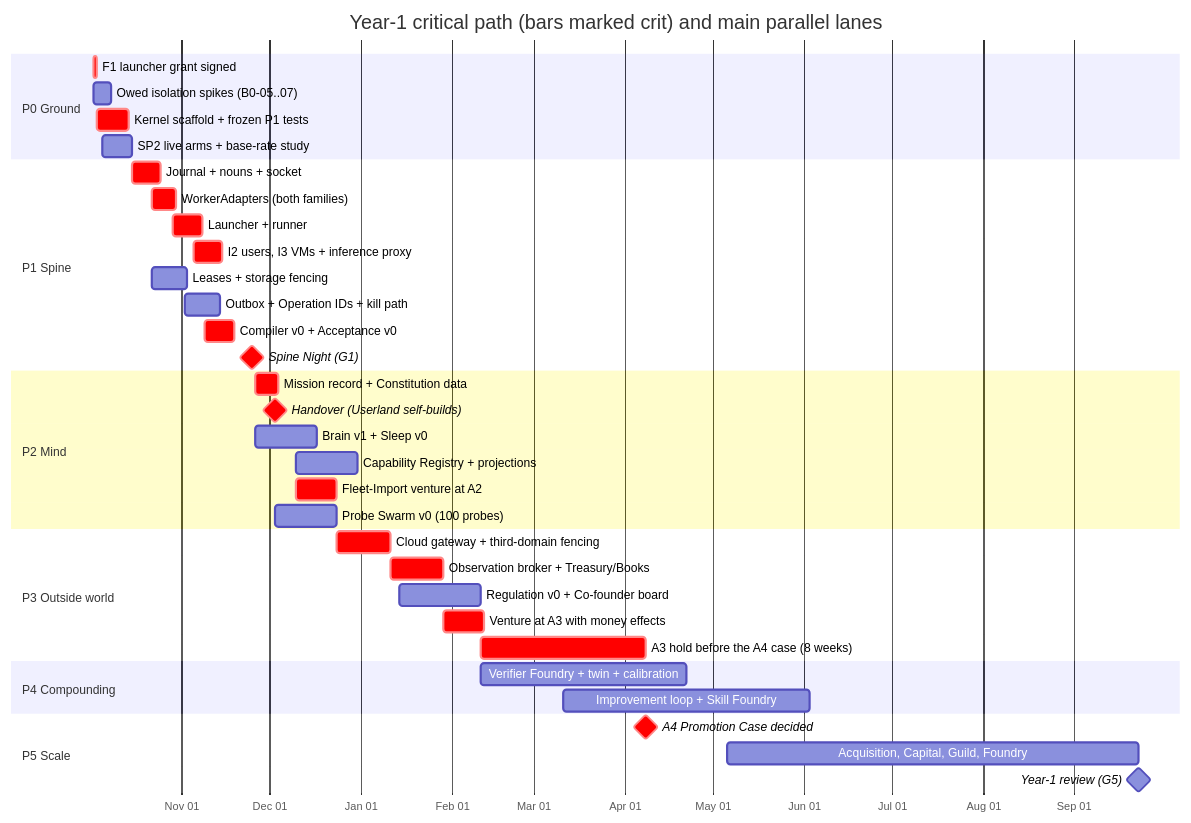
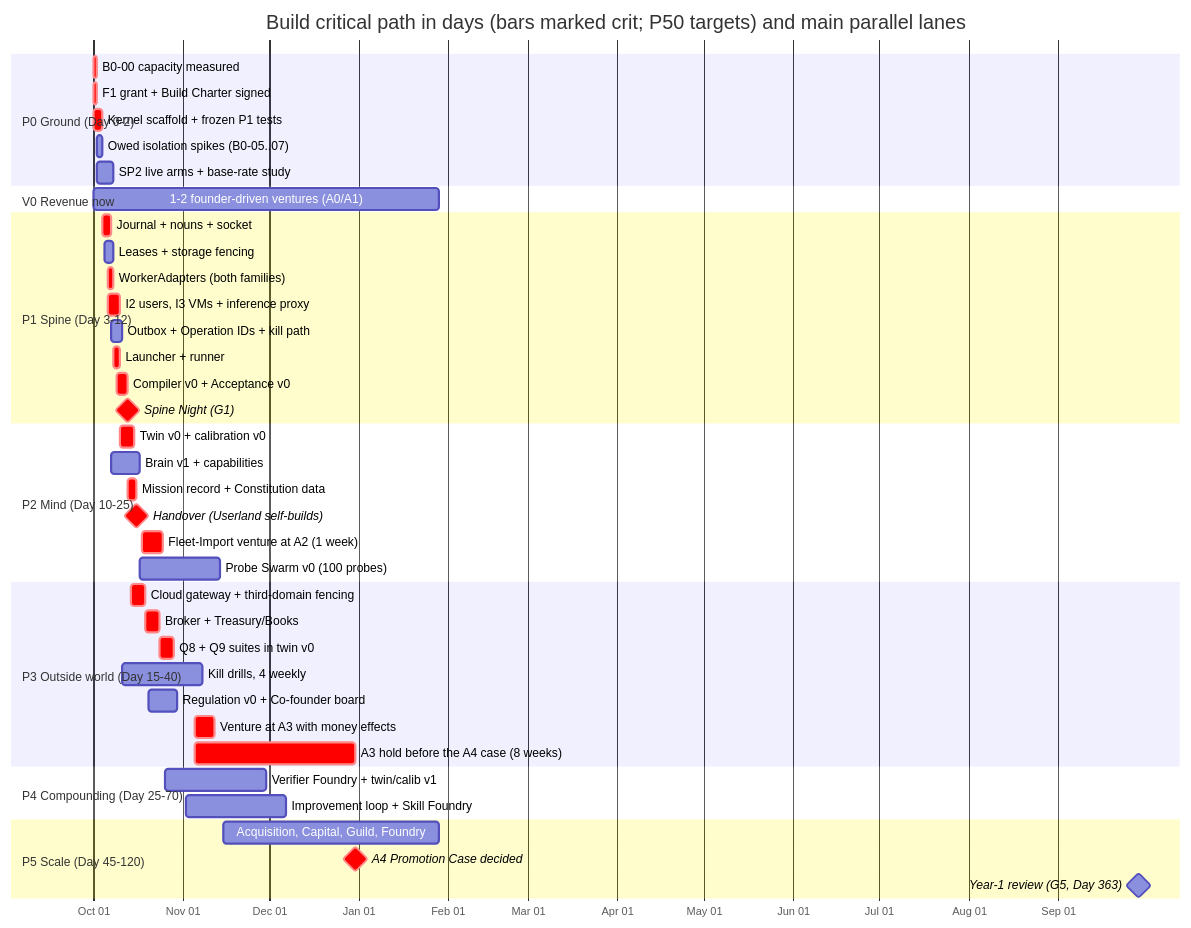
Before and after one commit to Adam077K/agentvibe: the second of 3 diagrams in docs/vision-v3/14-BUILD-PLAN.md, drawn with Mermaid. The commit also changed other lines of this file and 13 other files, not shown here.

First line of the commit message:
docs(vision-v3): subscriptions-only model work, free-tier-first tools, build plan in days

````diff
--- a/docs/vision-v3/14-BUILD-PLAN.md
+++ b/docs/vision-v3/14-BUILD-PLAN.md
@@ -148,40 +172,45 @@
 ```mermaid
 gantt
-  title Year-1 critical path (bars marked crit) and main parallel lanes
+  title Build critical path in days (bars marked crit; P50 targets) and main parallel lanes
   dateFormat YYYY-MM-DD
   axisFormat %b %d
-  section P0 Ground
-  F1 launcher grant signed              :crit, f1, 2026-10-02, 1d
-  Owed isolation spikes (B0-05..07)     :sp, 2026-10-02, 6d
-  Kernel scaffold + frozen P1 tests     :crit, sc, 2026-10-03, 11d
-  SP2 live arms + base-rate study       :a0, 2026-10-05, 10d
-  section P1 Spine
-  Journal + nouns + socket              :crit, j, 2026-10-15, 10d
-  WorkerAdapters (both families)        :crit, wa, 2026-10-22, 8d
-  Launcher + runner                     :crit, lr, 2026-10-29, 10d
-  I2 users, I3 VMs + inference proxy    :crit, iso, 2026-11-05, 10d
-  Leases + storage fencing              :fe, 2026-10-22, 12d
-  Outbox + Operation IDs + kill path    :ob, 2026-11-02, 12d
-  Compiler v0 + Acceptance v0           :crit, ac, 2026-11-09, 10d
-  Spine Night (G1)                      :milestone, crit, g1, 2026-11-25, 0d
-  section P2 Mind
-  Mission record + Constitution data    :crit, mr, 2026-11-26, 8d
-  Handover (Userland self-builds)       :milestone, crit, ho, 2026-12-03, 0d
-  Brain v1 + Sleep v0                   :br, 2026-11-26, 21d
-  Capability Registry + projections     :cap, 2026-12-10, 21d
-  Fleet-Import venture at A2            :crit, a2, 2026-12-10, 14d
-  Probe Swarm v0 (100 probes)           :pr, 2026-12-03, 21d
-  section P3 Outside world
-  Cloud gateway + third-domain fencing  :crit, gw, 2026-12-24, 18d
-  Observation broker + Treasury/Books   :crit, tb, 2027-01-11, 18d
-  Regulation v0 + Co-founder board      :rg, 2027-01-14, 28d
-  Venture at A3 with money effects      :crit, a3, 2027-01-29, 14d
-  A3 hold before the A4 case (8 weeks)  :crit, hold, 2027-02-11, 56d
-  section P4 Compounding
-  Verifier Foundry + twin + calibration :vf, 2027-02-11, 70d
-  Improvement loop + Skill Foundry      :il, 2027-03-11, 84d
-  section P5 Scale
-  A4 Promotion Case decided             :milestone, crit, a4, 2027-04-08, 0d
-  Acquisition, Capital, Guild, Foundry  :sc5, 2027-05-06, 140d
-  Year-1 review (G5)                    :milestone, g5, 2027-09-23, 0d
+  section P0 Ground (Day 0-2)
+  B0-00 capacity measured               :crit, cap0, 2026-10-01, 1d
+  F1 grant + Build Charter signed       :crit, f1, 2026-10-01, 1d
+  Kernel scaffold + frozen P1 tests     :crit, sc, 2026-10-01, 3d
+  Owed isolation spikes (B0-05..07)     :sp, 2026-10-02, 2d
+  SP2 live arms + base-rate study       :a0, 2026-10-02, 6d
+  section V0 Revenue now
+  1-2 founder-driven ventures (A0/A1)   :v0, 2026-10-01, 120d
+  section P1 Spine (Day 3-12)
+  Journal + nouns + socket              :crit, j, 2026-10-04, 3d
+  Leases + storage fencing              :fe, 2026-10-05, 3d
+  WorkerAdapters (both families)        :crit, wa, 2026-10-06, 2d
+  I2 users, I3 VMs + inference proxy    :crit, iso, 2026-10-06, 4d
+  Outbox + Operation IDs + kill path    :ob, 2026-10-07, 4d
+  Launcher + runner                     :crit, lr, 2026-10-08, 2d
+  Compiler v0 + Acceptance v0           :crit, ac, 2026-10-09, 4d
+  Spine Night (G1)                      :milestone, crit, g1, 2026-10-13, 0d
+  section P2 Mind (Day 10-25)
+  Twin v0 + calibration v0              :crit, tw, 2026-10-10, 5d
+  Brain v1 + capabilities               :br, 2026-10-07, 10d
+  Mission record + Constitution data    :crit, mr, 2026-10-13, 3d
+  Handover (Userland self-builds)       :milestone, crit, ho, 2026-10-16, 0d
+  Fleet-Import venture at A2 (1 week)   :crit, a2, 2026-10-18, 7d
+  Probe Swarm v0 (100 probes)           :pr, 2026-10-17, 28d
+  section P3 Outside world (Day 15-40)
+  Cloud gateway + third-domain fencing  :crit, gw, 2026-10-14, 5d
+  Broker + Treasury/Books               :crit, tb, 2026-10-19, 5d
+  Q8 + Q9 suites in twin v0             :crit, q9, 2026-10-24, 5d
+  Kill drills, 4 weekly                 :kd, 2026-10-11, 28d
+  Regulation v0 + Co-founder board      :rg, 2026-10-20, 10d
+  Venture at A3 with money effects      :crit, a3, 2026-11-05, 7d
+  A3 hold before the A4 case (8 weeks)  :crit, hold, 2026-11-05, 56d
+  section P4 Compounding (Day 25-70)
+  Verifier Foundry + twin/calib v1      :vf, 2026-10-26, 35d
+  Improvement loop + Skill Foundry      :il, 2026-11-02, 35d
+  section P5 Scale (Day 45-120)
+  Acquisition, Capital, Guild, Foundry  :sc5, 2026-11-15, 75d
+  A4 Promotion Case decided             :milestone, crit, a4, 2026-12-31, 0d
+  Year-1 review (G5, Day 363)           :milestone, g5, 2027-09-29, 0d
 ```
````
